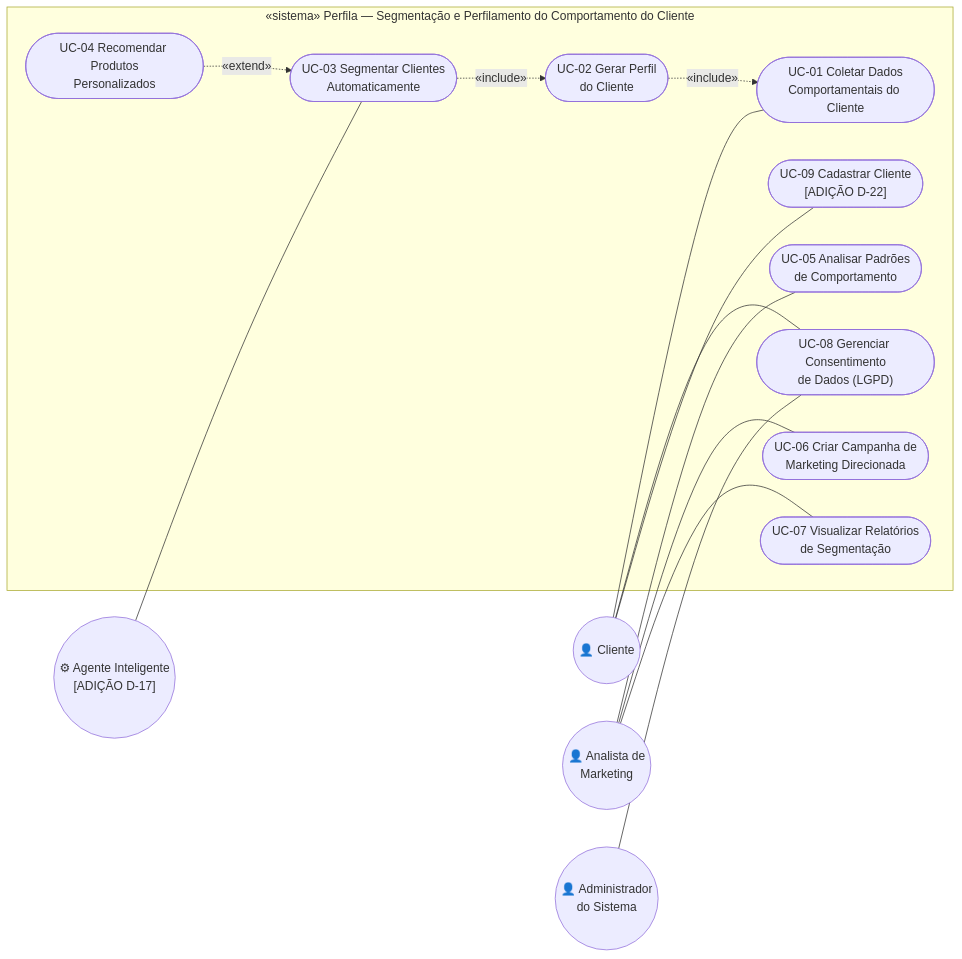
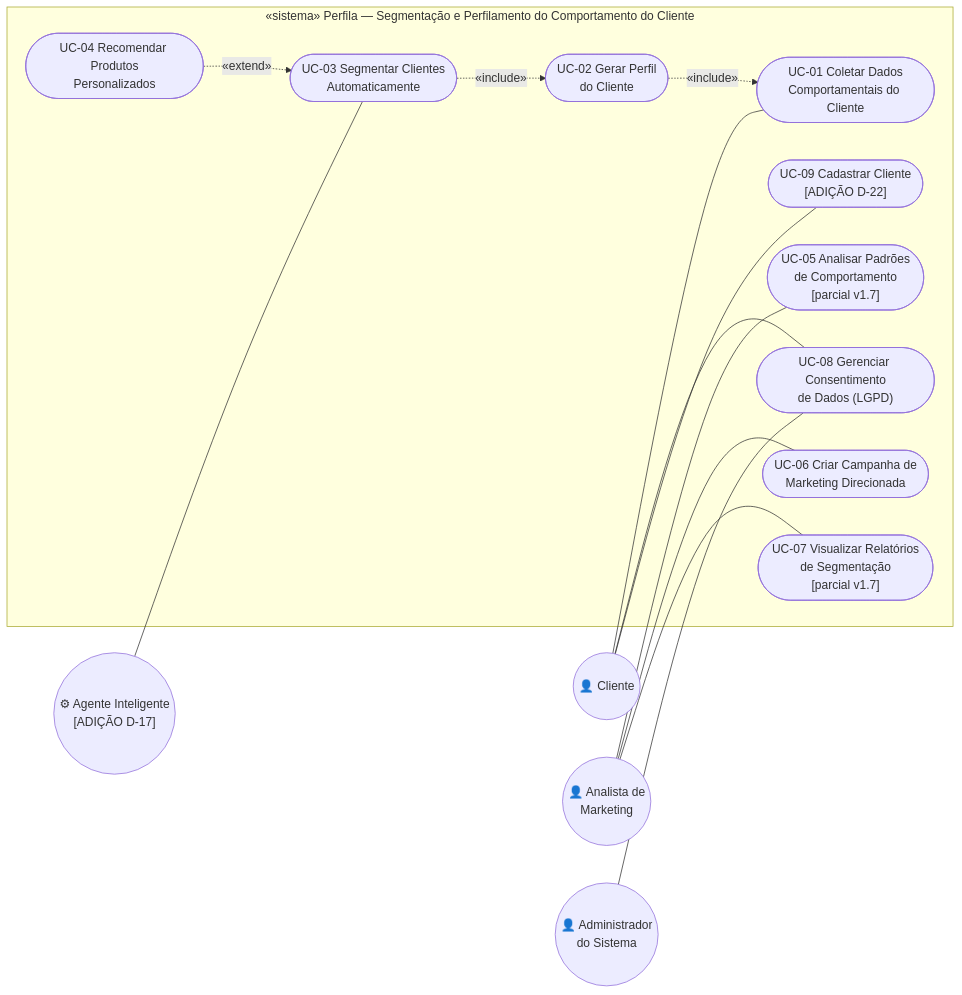
One commit to sthefanyblima/perfila changed the diagram in docs/uml/UML1_casos_de_uso.md. Above: the diagram before and after it, drawn with Mermaid. The commit also changed other lines of this file and 6 other files, not shown here.

````diff
--- a/docs/uml/UML1_casos_de_uso.md
+++ b/docs/uml/UML1_casos_de_uso.md
@@ -10,32 +10,32 @@
 ```mermaid
 flowchart LR
   cliente(("👤 Cliente"))
   analista(("👤 Analista de<br/>Marketing"))
   admin(("👤 Administrador<br/>do Sistema"))
   agente(("⚙ Agente Inteligente<br/>[ADIÇÃO D-17]"))
 
   subgraph sistema["«sistema» Perfila — Segmentação e Perfilamento do Comportamento do Cliente"]
     UC01(["UC-01 Coletar Dados<br/>Comportamentais do Cliente"])
     UC02(["UC-02 Gerar Perfil<br/>do Cliente"])
     UC03(["UC-03 Segmentar Clientes<br/>Automaticamente"])
     UC04(["UC-04 Recomendar Produtos<br/>Personalizados"])
-    UC05(["UC-05 Analisar Padrões<br/>de Comportamento"])
+    UC05(["UC-05 Analisar Padrões<br/>de Comportamento<br/>[parcial v1.7]"])
     UC06(["UC-06 Criar Campanha de<br/>Marketing Direcionada"])
-    UC07(["UC-07 Visualizar Relatórios<br/>de Segmentação"])
+    UC07(["UC-07 Visualizar Relatórios<br/>de Segmentação<br/>[parcial v1.7]"])
     UC08(["UC-08 Gerenciar Consentimento<br/>de Dados (LGPD)"])
     UC09(["UC-09 Cadastrar Cliente<br/>[ADIÇÃO D-22]"])
   end
 
   cliente --- UC01
   cliente --- UC08
   cliente --- UC09
   admin --- UC08
   agente --- UC03
   analista --- UC05
   analista --- UC06
   analista --- UC07
 
   UC02 -. "«include»" .-> UC01
   UC03 -. "«include»" .-> UC02
   UC04 -. "«extend»" .-> UC03
 ```
````
